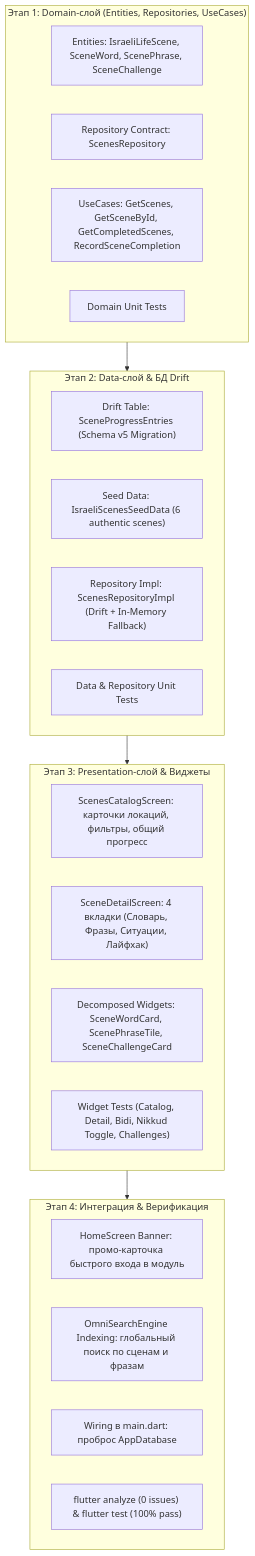
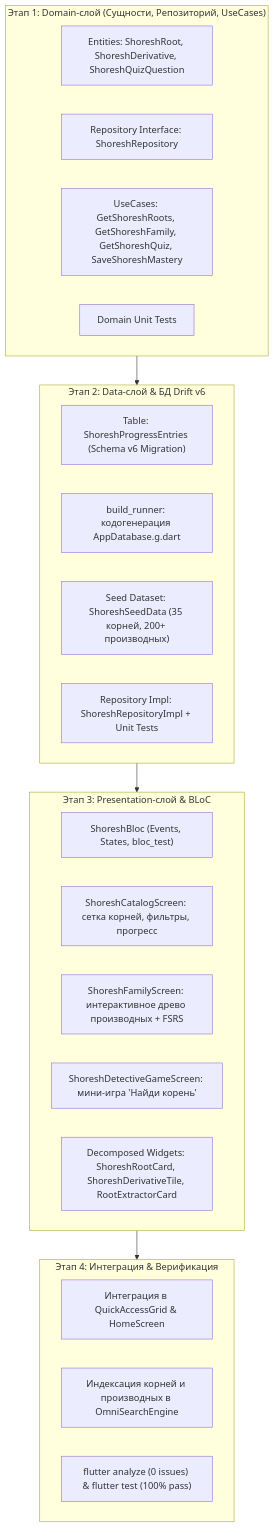
The diagram in PLAN.md (badmuchi/nexus-hebrew), drawn with Mermaid before and after one commit. The commit also changed other lines of this file and 32 other files, not shown here.

Commit message:
feat(shoresh): implement Shoresh Detective & Word Family Lab with Drift v6, BLoC, and tests

````diff
--- a/PLAN.md
+++ b/PLAN.md
@@ -48,32 +45,32 @@
 ```mermaid
 flowchart TD
-    subgraph Stage1["Этап 1: Domain-слой (Entities, Repositories, UseCases)"]
-        D1["Entities: IsraeliLifeScene, SceneWord, ScenePhrase, SceneChallenge"]
-        D2["Repository Contract: ScenesRepository"]
-        D3["UseCases: GetScenes, GetSceneById, GetCompletedScenes, RecordSceneCompletion"]
+    subgraph Stage1["Этап 1: Domain-слой (Сущности, Репозиторий, UseCases)"]
+        D1["Entities: ShoreshRoot, ShoreshDerivative, ShoreshQuizQuestion"]
+        D2["Repository Interface: ShoreshRepository"]
+        D3["UseCases: GetShoreshRoots, GetShoreshFamily, GetShoreshQuiz, SaveShoreshMastery"]
         D4["Domain Unit Tests"]
     end
 
-    subgraph Stage2["Этап 2: Data-слой & БД Drift"]
-        DA1["Drift Table: SceneProgressEntries (Schema v5 Migration)"]
-        DA2["Seed Data: IsraeliScenesSeedData (6 authentic scenes)"]
-        DA3["Repository Impl: ScenesRepositoryImpl (Drift + In-Memory Fallback)"]
-        DA4["Data & Repository Unit Tests"]
+    subgraph Stage2["Этап 2: Data-слой & БД Drift v6"]
+        DA1["Table: ShoreshProgressEntries (Schema v6 Migration)"]
+        DA2["build_runner: кодогенерация AppDatabase.g.dart"]
+        DA3["Seed Dataset: ShoreshSeedData (35 корней, 200+ производных)"]
+        DA4["Repository Impl: ShoreshRepositoryImpl + Unit Tests"]
     end
 
-    subgraph Stage3["Этап 3: Presentation-слой & Виджеты"]
-        P1["ScenesCatalogScreen: карточки локаций, фильтры, общий прогресс"]
-        P2["SceneDetailScreen: 4 вкладки (Словарь, Фразы, Ситуации, Лайфхак)"]
-        P3["Decomposed Widgets: SceneWordCard, ScenePhraseTile, SceneChallengeCard"]
-        P4["Widget Tests (Catalog, Detail, Bidi, Nikkud Toggle, Challenges)"]
+    subgraph Stage3["Этап 3: Presentation-слой & BLoC"]
+        P1["ShoreshBloc (Events, States, bloc_test)"]
+        P2["ShoreshCatalogScreen: сетка корней, фильтры, прогресс"]
+        P3["ShoreshFamilyScreen: интерактивное древо производных + FSRS"]
+        P4["ShoreshDetectiveGameScreen: мини-игра 'Найди корень'"]
+        P5["Decomposed Widgets: ShoreshRootCard, ShoreshDerivativeTile, RootExtractorCard"]
     end
 
     subgraph Stage4["Этап 4: Интеграция & Верификация"]
-        I1["HomeScreen Banner: промо-карточка быстрого входа в модуль"]
-        I2["OmniSearchEngine Indexing: глобальный поиск по сценам и фразам"]
-        I3["Wiring в main.dart: проброс AppDatabase"]
-        I4["flutter analyze (0 issues) & flutter test (100% pass)"]
+        I1["Интеграция в QuickAccessGrid & HomeScreen"]
+        I2["Индексация корней и производных в OmniSearchEngine"]
+        I3["flutter analyze (0 issues) & flutter test (100% pass)"]
     end
 
     Stage1 --> Stage2 --> Stage3 --> Stage4
 ```
````
